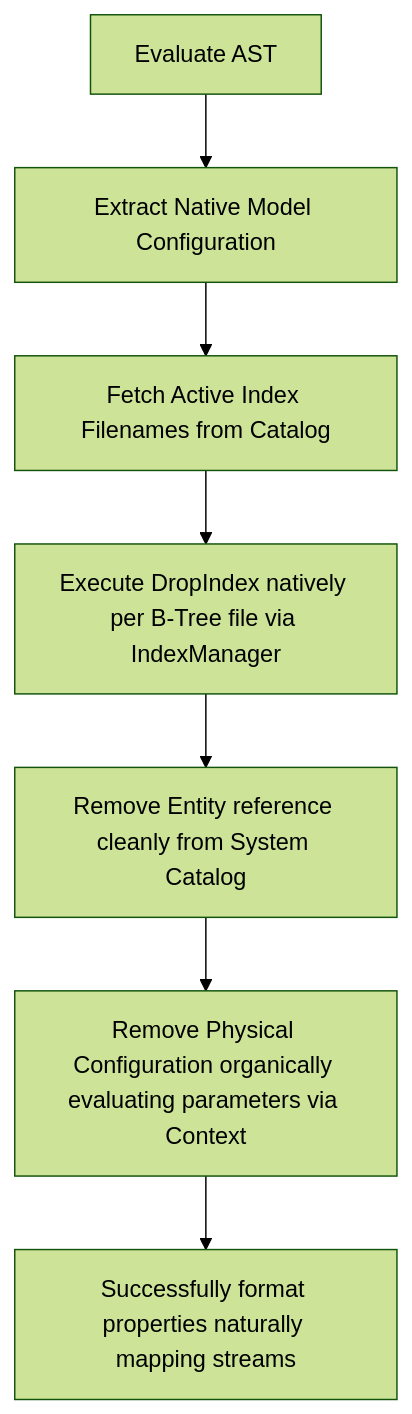
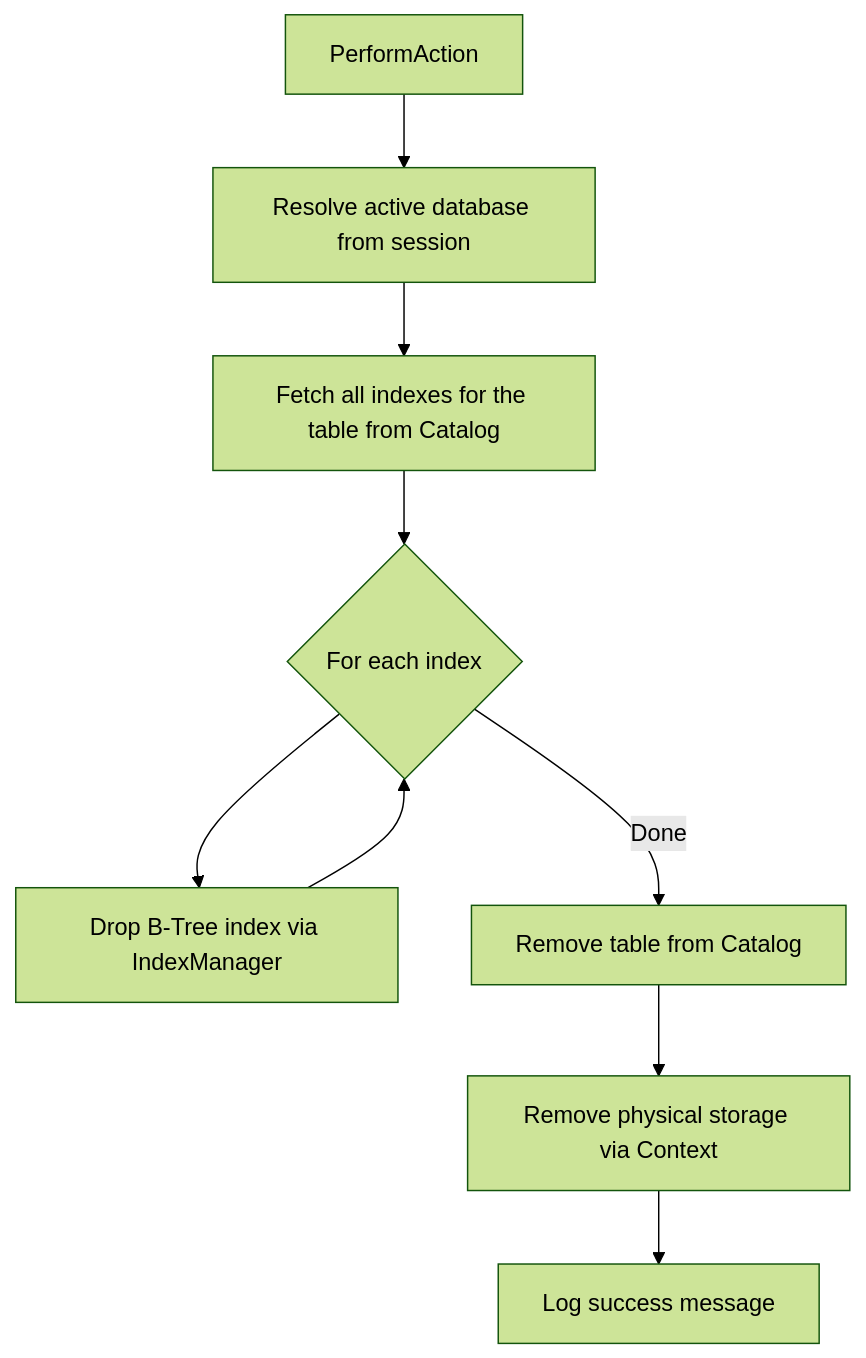
The diagram in docs/DataVo.Core/Parser/DDL/DropTable.md (ArintonAkos/DataVo-DBMS), drawn with Mermaid (forest theme) before and after one commit. The commit also changed other lines of this file and 15 other files, not shown here.

````diff
--- a/docs/DataVo.Core/Parser/DDL/DropTable.md
+++ b/docs/DataVo.Core/Parser/DDL/DropTable.md
@@ -16,11 +18,11 @@
 ```mermaid
 flowchart TD
-    Build[Evaluate AST] --> Map[Extract Native Model Configuration]
-    Map --> ExtractIndexes[Fetch Active Index Filenames from Catalog]
-    
-    ExtractIndexes --> DropIndexes[Execute DropIndex natively per B-Tree file via IndexManager]
-    
-    DropIndexes --> DropCatalog[Remove Entity reference cleanly from System Catalog]
-    DropCatalog --> DropContext[Remove Physical Configuration organically evaluating parameters via Context]
-    DropContext --> Finish[Successfully format properties naturally mapping streams]
+    Start[PerformAction] --> DB[Resolve active database from session]
+    DB --> Idx[Fetch all indexes for the table from Catalog]
+    Idx --> Loop{For each index}
+    Loop --> Drop[Drop B-Tree index via IndexManager]
+    Drop --> Loop
+    Loop -- Done --> Cat[Remove table from Catalog]
+    Cat --> Ctx[Remove physical storage via Context]
+    Ctx --> Done[Log success message]
 ```
````
